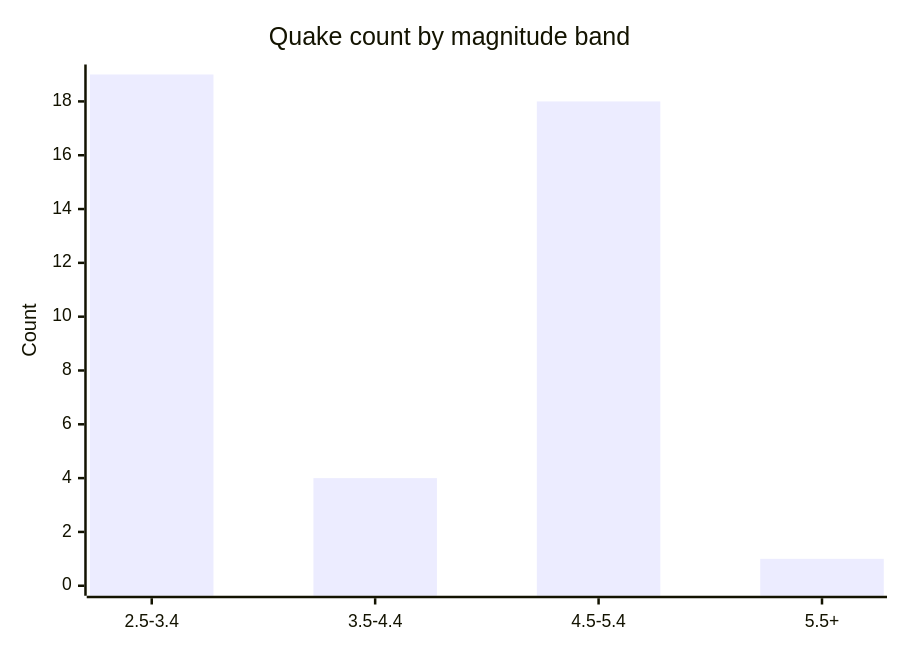
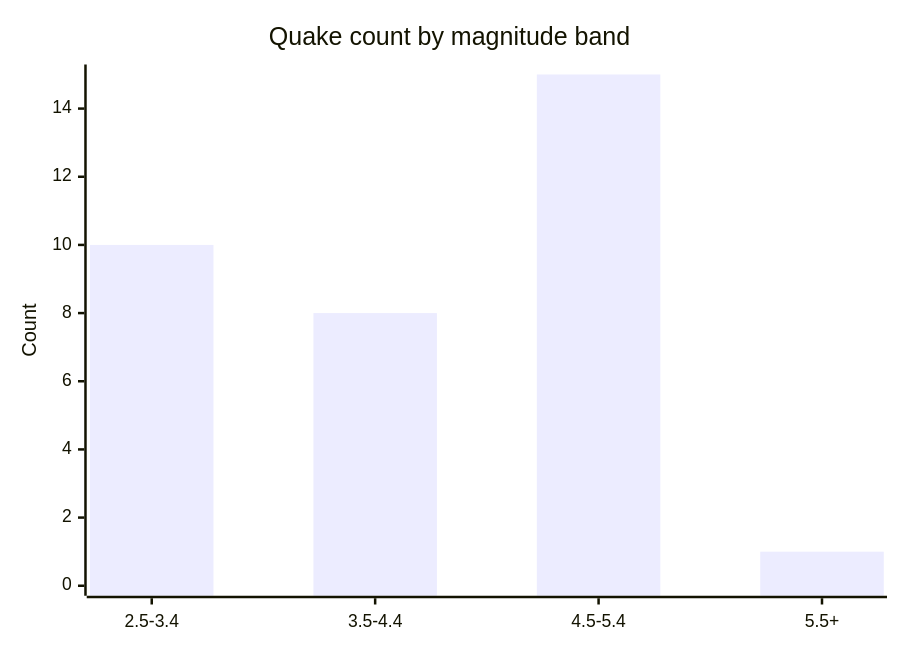
The fifth of 6 diagrams in docs/GRAPHS.md (Midwest-Stratospheric/aerostratospheric-defense-gir), drawn with Mermaid before and after one commit. The commit also changed other lines of this file and 25 other files, not shown here.

````diff
--- a/docs/GRAPHS.md
+++ b/docs/GRAPHS.md
@@ -82,7 +82,7 @@
 ```mermaid
 xychart-beta
   title "Quake count by magnitude band"
   x-axis ["2.5-3.4", "3.5-4.4", "4.5-5.4", "5.5+"]
-  y-axis "Count" 0 --> 19
-  bar [19, 4, 18, 1]
+  y-axis "Count" 0 --> 15
+  bar [10, 8, 15, 1]
 ```
````
